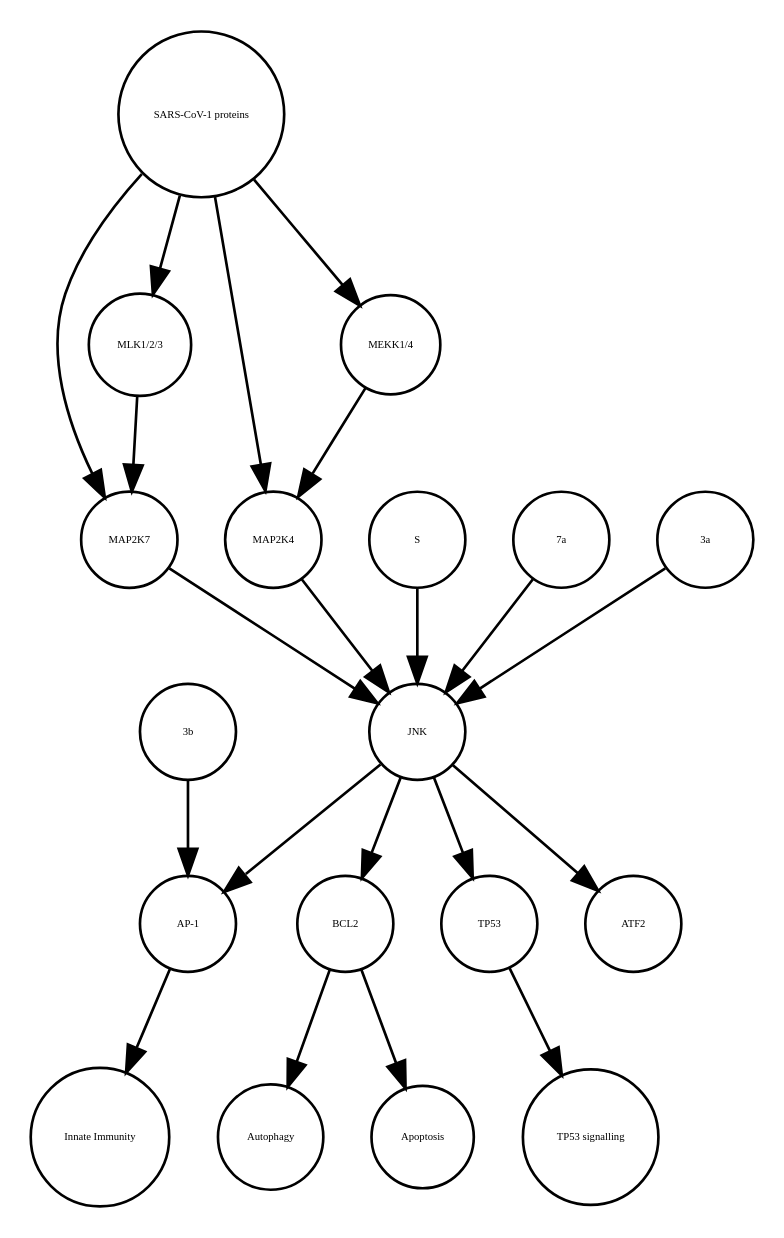
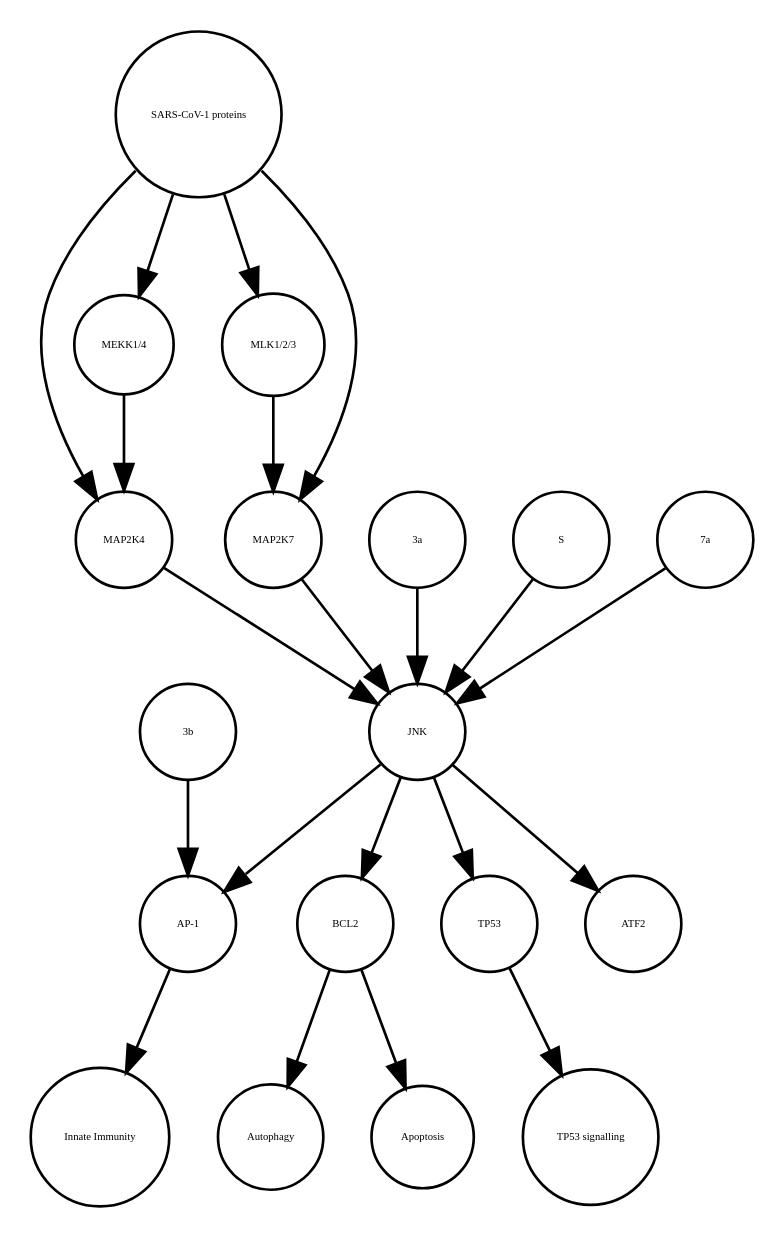
Before and after one commit to cannin/covid19-sbgn: the diagram in JNK_pathway_stable.xml_projected.dot, drawn with Graphviz. The commit also changed other lines of this file and 621 other files, not shown here.

```diff
--- a/JNK_pathway_stable.xml_projected.dot
+++ b/JNK_pathway_stable.xml_projected.dot
@@ -1,40 +1,40 @@
 strict digraph  {
 BCL2 [annotation=urn_miriam_ncbigene_596, bipartite=0, cls=macromolecule, fontsize=4, label=BCL2, shape=circle];
 Autophagy [annotation="urn_miriam_obo.go_GO%3A0006914", bipartite=0, cls=phenotype, fontsize=4, label=Autophagy, shape=circle];
 "AP-1" [annotation="", bipartite=0, cls=complex, fontsize=4, label="AP-1", shape=circle];
 "Innate Immunity" [annotation="urn_miriam_obo.go_GO%3A0045087", bipartite=0, cls=phenotype, fontsize=4, label="Innate Immunity", shape=circle];
 TP53 [annotation=urn_miriam_ncbigene_7157, bipartite=0, cls=macromolecule, fontsize=4, label=TP53, shape=circle];
 "TP53 signalling" [annotation="urn_miriam_obo.go_GO%3A0072331", bipartite=0, cls=phenotype, fontsize=4, label="TP53 signalling", shape=circle];
 Apoptosis [annotation="urn_miriam_obo.go_GO%3A0006915", bipartite=0, cls=phenotype, fontsize=4, label=Apoptosis, shape=circle];
+MAP2K4 [annotation=urn_miriam_ncbigene_6416, bipartite=0, cls=macromolecule, fontsize=4, label=MAP2K4, shape=circle];
+JNK [annotation="", bipartite=0, cls=complex, fontsize=4, label=JNK, shape=circle];
+"3a" [annotation=urn_miriam_uniprot_P59632, bipartite=0, cls=macromolecule, fontsize=4, label="3a", shape=circle];
+"MLK1/2/3" [annotation="", bipartite=0, cls=complex, fontsize=4, label="MLK1/2/3", shape=circle];
+"SARS-CoV-1 proteins" [annotation="", bipartite=0, cls=complex, fontsize=4, label="SARS-CoV-1 proteins", shape=circle];
 MAP2K7 [annotation=urn_miriam_ncbigene_5609, bipartite=0, cls=macromolecule, fontsize=4, label=MAP2K7, shape=circle];
-"MLK1/2/3" [annotation="", bipartite=0, cls=complex, fontsize=4, label="MLK1/2/3", shape=circle];
-JNK [annotation="", bipartite=0, cls=complex, fontsize=4, label=JNK, shape=circle];
+"3b" [annotation=urn_miriam_uniprot_P59633, bipartite=0, cls=macromolecule, fontsize=4, label="3b", shape=circle];
+"MEKK1/4" [annotation="", bipartite=0, cls=complex, fontsize=4, label="MEKK1/4", shape=circle];
 S [annotation=urn_miriam_uniprot_P59594, bipartite=0, cls=macromolecule, fontsize=4, label=S, shape=circle];
-"SARS-CoV-1 proteins" [annotation="", bipartite=0, cls=complex, fontsize=4, label="SARS-CoV-1 proteins", shape=circle];
-MAP2K4 [annotation=urn_miriam_ncbigene_6416, bipartite=0, cls=macromolecule, fontsize=4, label=MAP2K4, shape=circle];
 "7a" [annotation=urn_miriam_uniprot_P59635, bipartite=0, cls=macromolecule, fontsize=4, label="7a", shape=circle];
 ATF2 [annotation=urn_miriam_ncbigene_1386, bipartite=0, cls=macromolecule, fontsize=4, label=ATF2, shape=circle];
-"3b" [annotation=urn_miriam_uniprot_P59633, bipartite=0, cls=macromolecule, fontsize=4, label="3b", shape=circle];
-"3a" [annotation=urn_miriam_uniprot_P59632, bipartite=0, cls=macromolecule, fontsize=4, label="3a", shape=circle];
-"MEKK1/4" [annotation="", bipartite=0, cls=complex, fontsize=4, label="MEKK1/4", shape=circle];
 BCL2 -> Autophagy  [annotation="", interaction_type="necessary stimulation"];
 BCL2 -> Apoptosis  [annotation="", interaction_type=inhibition];
 "AP-1" -> "Innate Immunity"  [annotation="", interaction_type="necessary stimulation"];
 TP53 -> "TP53 signalling"  [annotation="", interaction_type="necessary stimulation"];
-MAP2K7 -> JNK  [annotation="urn_miriam_pubmed_17141229|urn_miriam_taxonomy_694009|urn_miriam_taxonomy_392815", interaction_type=stimulation];
-"MLK1/2/3" -> MAP2K7  [annotation="urn_miriam_pubmed_31226023|urn_miriam_taxonomy_694009|urn_miriam_taxonomy_392815", interaction_type=stimulation];
+MAP2K4 -> JNK  [annotation="urn_miriam_pubmed_17141229|urn_miriam_taxonomy_694009|urn_miriam_taxonomy_392815", interaction_type=stimulation];
+JNK -> ATF2  [annotation=urn_miriam_pubmed_7824938, interaction_type=stimulation];
 JNK -> BCL2  [annotation=urn_miriam_pubmed_10567572, interaction_type=stimulation];
 JNK -> "AP-1"  [annotation="urn_miriam_pubmed_21561061|urn_miriam_taxonomy_694009", interaction_type=stimulation];
-JNK -> ATF2  [annotation=urn_miriam_pubmed_7824938, interaction_type=stimulation];
 JNK -> TP53  [annotation=urn_miriam_pubmed_9724739, interaction_type=stimulation];
+"3a" -> JNK  [annotation="urn_miriam_pubmed_17141229|urn_miriam_taxonomy_694009|urn_miriam_taxonomy_392815", interaction_type=stimulation];
+"MLK1/2/3" -> MAP2K7  [annotation="urn_miriam_pubmed_31226023|urn_miriam_taxonomy_694009|urn_miriam_taxonomy_392815", interaction_type=stimulation];
+"SARS-CoV-1 proteins" -> "MLK1/2/3"  [annotation="urn_miriam_taxonomy_694009|urn_miriam_pubmed_31226023|urn_miriam_taxonomy_392815", interaction_type=stimulation];
+"SARS-CoV-1 proteins" -> "MEKK1/4"  [annotation="urn_miriam_pubmed_31226023|urn_miriam_taxonomy_694009|urn_miriam_taxonomy_392815", interaction_type=stimulation];
+"SARS-CoV-1 proteins" -> MAP2K4  [annotation="urn_miriam_pubmed_31226023|urn_miriam_taxonomy_694009|urn_miriam_taxonomy_392815", interaction_type=stimulation];
+"SARS-CoV-1 proteins" -> MAP2K7  [annotation="urn_miriam_pubmed_31226023|urn_miriam_taxonomy_694009|urn_miriam_taxonomy_392815", interaction_type=stimulation];
+MAP2K7 -> JNK  [annotation="urn_miriam_pubmed_17141229|urn_miriam_taxonomy_694009|urn_miriam_taxonomy_392815", interaction_type=stimulation];
+"3b" -> "AP-1"  [annotation="urn_miriam_pubmed_21561061|urn_miriam_taxonomy_694009", interaction_type=stimulation];
+"MEKK1/4" -> MAP2K4  [annotation="urn_miriam_pubmed_31226023|urn_miriam_taxonomy_694009|urn_miriam_taxonomy_392815", interaction_type=stimulation];
 S -> JNK  [annotation="urn_miriam_pubmed_17267381|urn_miriam_taxonomy_694009|urn_miriam_taxonomy_392815", interaction_type=stimulation];
-"SARS-CoV-1 proteins" -> MAP2K4  [annotation="urn_miriam_pubmed_31226023|urn_miriam_taxonomy_694009|urn_miriam_taxonomy_392815", interaction_type=stimulation];
-"SARS-CoV-1 proteins" -> "MEKK1/4"  [annotation="urn_miriam_pubmed_31226023|urn_miriam_taxonomy_694009|urn_miriam_taxonomy_392815", interaction_type=stimulation];
-"SARS-CoV-1 proteins" -> "MLK1/2/3"  [annotation="urn_miriam_taxonomy_694009|urn_miriam_pubmed_31226023|urn_miriam_taxonomy_392815", interaction_type=stimulation];
-"SARS-CoV-1 proteins" -> MAP2K7  [annotation="urn_miriam_pubmed_31226023|urn_miriam_taxonomy_694009|urn_miriam_taxonomy_392815", interaction_type=stimulation];
-MAP2K4 -> JNK  [annotation="urn_miriam_pubmed_17141229|urn_miriam_taxonomy_694009|urn_miriam_taxonomy_392815", interaction_type=stimulation];
 "7a" -> JNK  [annotation="urn_miriam_pubmed_17141229|urn_miriam_taxonomy_694009|urn_miriam_taxonomy_392815", interaction_type=stimulation];
-"3b" -> "AP-1"  [annotation="urn_miriam_pubmed_21561061|urn_miriam_taxonomy_694009", interaction_type=stimulation];
-"3a" -> JNK  [annotation="urn_miriam_pubmed_17141229|urn_miriam_taxonomy_694009|urn_miriam_taxonomy_392815", interaction_type=stimulation];
-"MEKK1/4" -> MAP2K4  [annotation="urn_miriam_pubmed_31226023|urn_miriam_taxonomy_694009|urn_miriam_taxonomy_392815", interaction_type=stimulation];
 }
```
